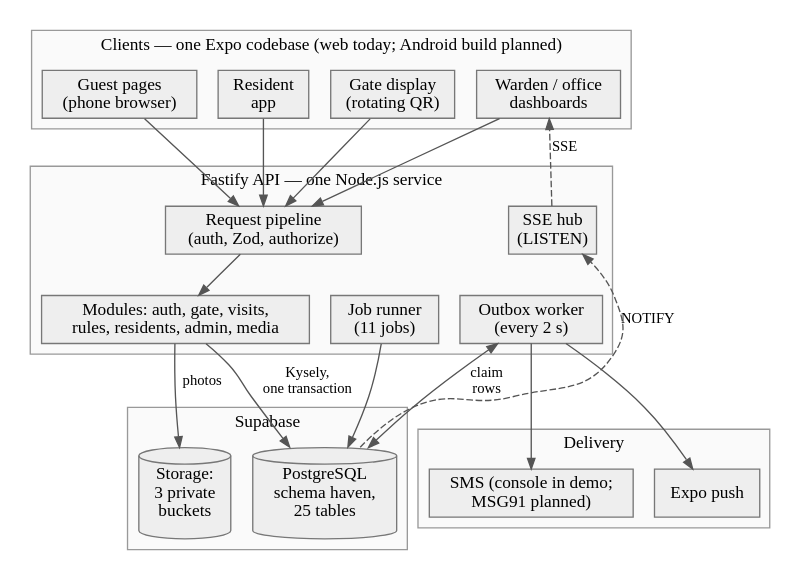
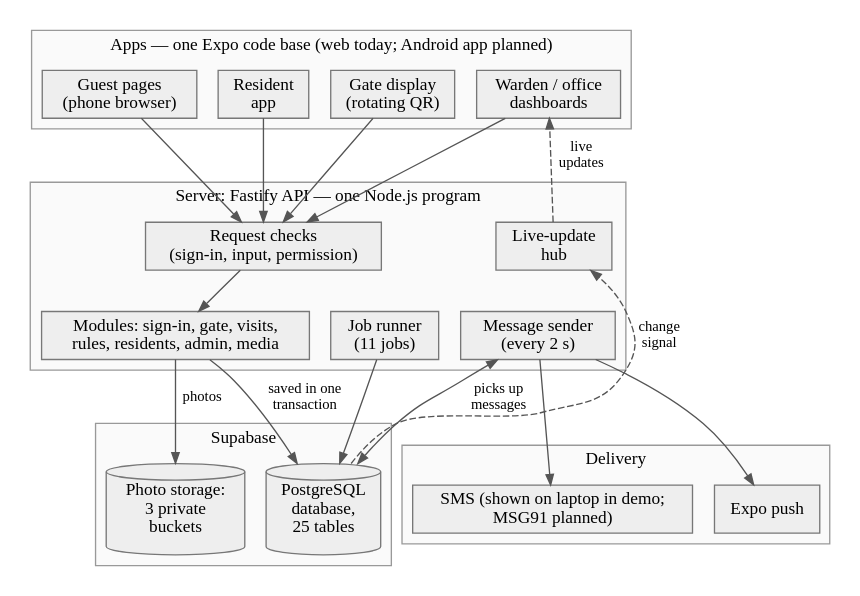
Before and after one commit to keeratpunia/HAVEN: the diagram in docs/report/diagrams/architecture.dot, drawn with Graphviz. The commit also changed 15 other files, not shown here.

```diff
--- a/docs/report/diagrams/architecture.dot
+++ b/docs/report/diagrams/architecture.dot
@@ -1,48 +1,48 @@
 // HAVEN system architecture — matches apps/api/src/app.ts, server.ts, stream/hub.ts,
 // jobs/runner.ts and notify/worker.ts. Rendered by docs/report/scripts/render-diagrams.mjs.
 digraph haven {
   graph [rankdir=TB, newrank=true, fontname="Times New Roman", fontsize=13, nodesep=0.22, ranksep=0.42, pad=0.1];
   node  [shape=box, style="filled", fillcolor="#eeeeee", color="#777777", fontname="Times New Roman", fontsize=13, margin="0.1,0.05"];
   edge  [color="#555555", fontname="Times New Roman", fontsize=11, arrowsize=0.8];
 
   subgraph cluster_clients {
-    label="Clients — one Expo codebase (web today; Android build planned)"; style=filled; fillcolor="#fafafa"; color="#999999";
+    label="Apps — one Expo code base (web today; Android app planned)"; style=filled; fillcolor="#fafafa"; color="#999999";
     guest [label="Guest pages\n(phone browser)"];
     res   [label="Resident\napp"];
     staff [label="Warden / office\ndashboards"];
     gated [label="Gate display\n(rotating QR)"];
   }
   subgraph cluster_api {
-    label="Fastify API — one Node.js service"; style=filled; fillcolor="#fafafa"; color="#999999";
-    pipe   [label="Request pipeline\n(auth, Zod, authorize)"];
-    sse    [label="SSE hub\n(LISTEN)"];
-    mods   [label="Modules: auth, gate, visits,\nrules, residents, admin, media"];
+    label="Server: Fastify API — one Node.js program"; style=filled; fillcolor="#fafafa"; color="#999999";
+    pipe   [label="Request checks\n(sign-in, input, permission)"];
+    sse    [label="Live-update\nhub"];
+    mods   [label="Modules: sign-in, gate, visits,\nrules, residents, admin, media"];
     jobs   [label="Job runner\n(11 jobs)"];
-    outbox [label="Outbox worker\n(every 2 s)"];
+    outbox [label="Message sender\n(every 2 s)"];
   }
   subgraph cluster_sb {
     label="Supabase"; style=filled; fillcolor="#fafafa"; color="#999999";
-    db [shape=cylinder, label="PostgreSQL\nschema haven,\n25 tables"];
-    st [shape=cylinder, label="Storage:\n3 private\nbuckets"];
+    db [shape=cylinder, label="PostgreSQL\ndatabase,\n25 tables"];
+    st [shape=cylinder, label="Photo storage:\n3 private\nbuckets"];
   }
   subgraph cluster_ext {
     label="Delivery"; style=filled; fillcolor="#fafafa"; color="#999999";
     push [label="Expo push"];
-    sms  [label="SMS (console in demo;\nMSG91 planned)"];
+    sms  [label="SMS (shown on laptop in demo;\nMSG91 planned)"];
   }
 
   {guest res staff gated} -> pipe;
   pipe -> mods;
-  mods -> db [label=" Kysely,\n one transaction"];
+  mods -> db [label=" saved in one\n transaction"];
   mods -> st [label=" photos"];
   jobs -> db;
-  outbox -> db [dir=both, label=" claim\n rows"];
-  db -> sse [style=dashed, label="NOTIFY"];
-  sse -> staff [style=dashed, label=" SSE"];
+  outbox -> db [dir=both, label=" picks up\n messages"];
+  db -> sse [style=dashed, label="change\nsignal"];
+  sse -> staff [style=dashed, label=" live\n updates"];
   outbox -> push;
   outbox -> sms;
 
   {rank=same; pipe; sse}
   {rank=same; mods; jobs; outbox}
   {rank=same; db; st; push; sms}
 }
```
